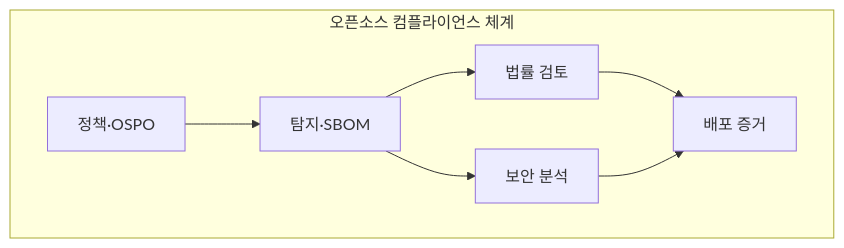
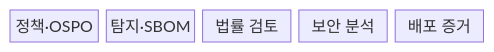
One commit to agnusdei1207/knowledge-base changed the first of 2 diagrams in src/content/docs/notes/07-law-policy/041_open_source_compliance_sbom.md. Above: the diagram before and after it, drawn with Mermaid. The commit also changed other lines of this file and 5 other files, not shown here.

````diff
--- a/src/content/docs/notes/07-law-policy/041_open_source_compliance_sbom.md
+++ b/src/content/docs/notes/07-law-policy/041_open_source_compliance_sbom.md
@@ -51,10 +51,9 @@
 ```mermaid
-flowchart TD
-    subgraph OSC[오픈소스 컴플라이언스 체계]
-        O[정책·OSPO] --> S[탐지·SBOM]
-        S --> L[법률 검토]
-        S --> B[보안 분석]
-        L --> P[배포 증거]
-        B --> P
-    end
+block-beta
+    columns 5
+    O["정책·OSPO"]
+    S["탐지·SBOM"]
+    L["법률 검토"]
+    B["보안 분석"]
+    P["배포 증거"]
 ```
````
